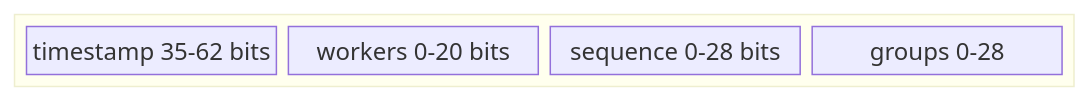
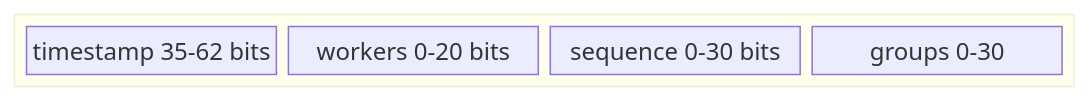
Before and after one commit to pvmlibs/flexid: the first of 2 diagrams in README.md, drawn with Mermaid. The commit also changed other lines of this file and 74 other files, not shown here.

````diff
--- a/README.md
+++ b/README.md
@@ -28,9 +37,9 @@
 ```mermaid
 block-beta
     block: ID
         A["timestamp 35-62 bits"]
         B["workers 0-20 bits"]
-        C["sequence 0-28 bits"]
-        D["groups 0-28"]
+        C["sequence 0-30 bits"]
+        D["groups 0-30"]
     end
 ```
````
